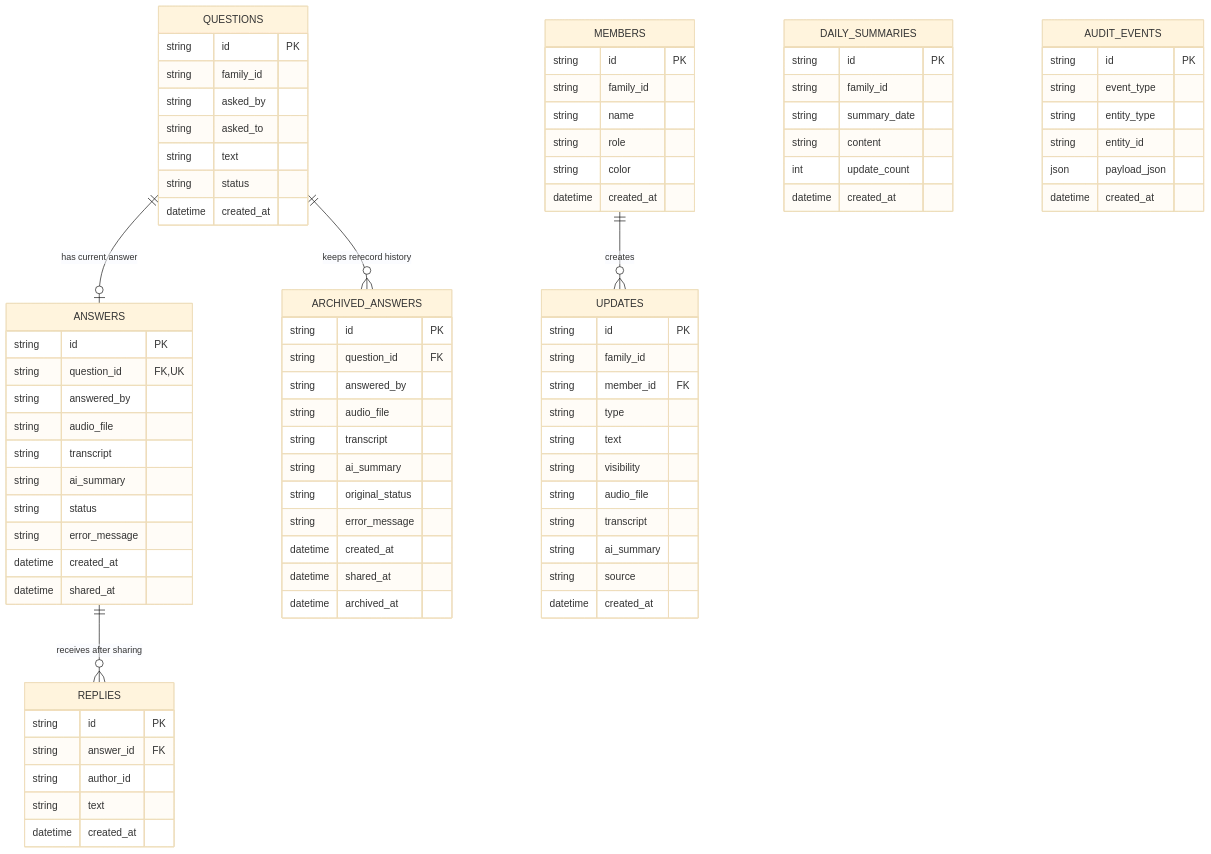
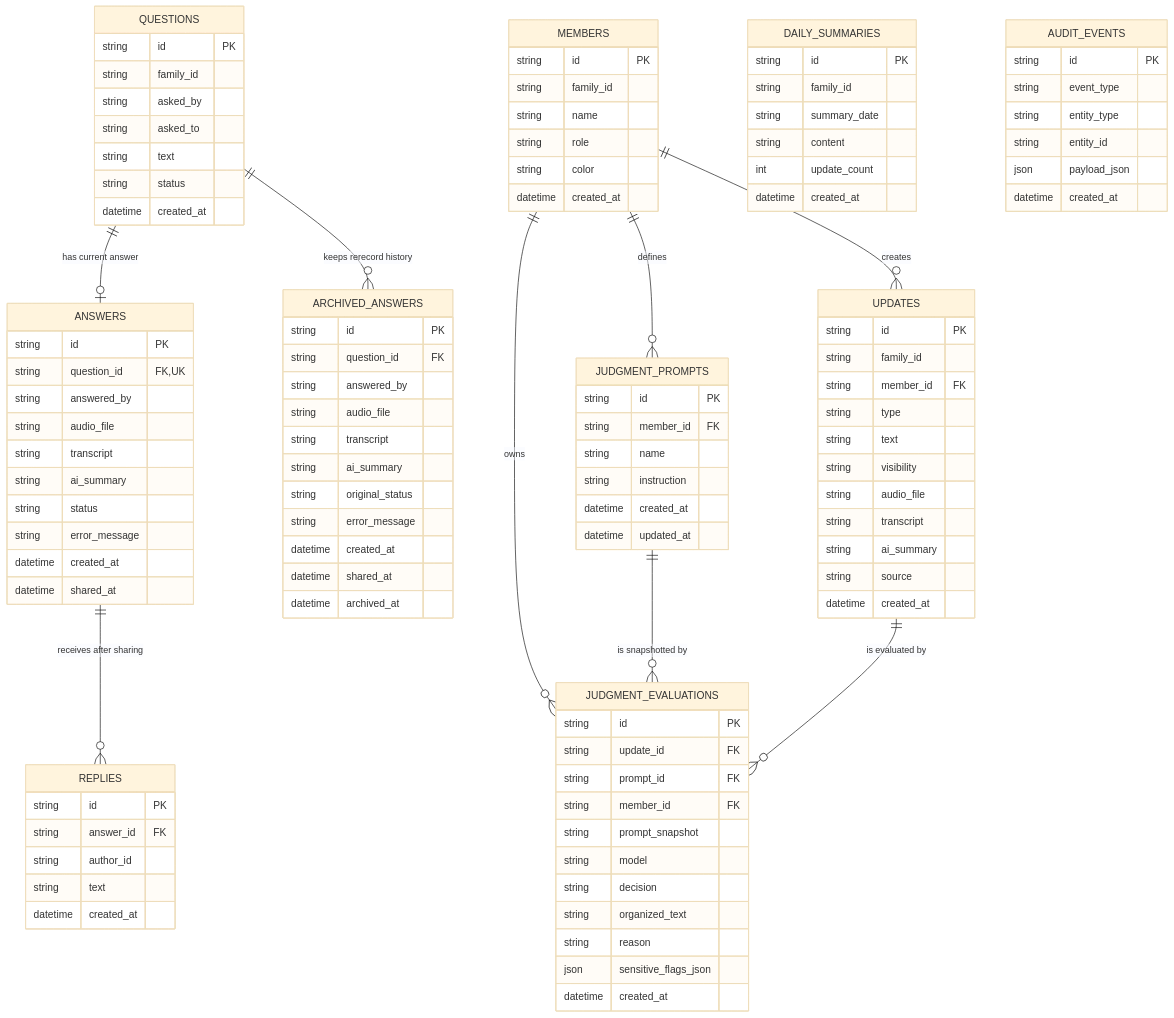
The first of 3 diagrams in Docs/family-daily-backend-data-structure.md (flyfy1/family-context), drawn with Mermaid (base theme) before and after one commit. The commit also changed other lines of this file, not shown here.

Commit message:
Document judgment prompt data model

````diff
--- a/Docs/family-daily-backend-data-structure.md
+++ b/Docs/family-daily-backend-data-structure.md
@@ -84,6 +84,29 @@
         datetime created_at
     }
 
+    JUDGMENT_PROMPTS {
+        string id PK
+        string member_id FK
+        string name
+        string instruction
+        datetime created_at
+        datetime updated_at
+    }
+
+    JUDGMENT_EVALUATIONS {
+        string id PK
+        string update_id FK
+        string prompt_id FK
+        string member_id FK
+        string prompt_snapshot
+        string model
+        string decision
+        string organized_text
+        string reason
+        json sensitive_flags_json
+        datetime created_at
+    }
+
     AUDIT_EVENTS {
         string id PK
         string event_type
@@ -97,4 +120,8 @@
     QUESTIONS ||--o{ ARCHIVED_ANSWERS : "keeps rerecord history"
     ANSWERS ||--o{ REPLIES : "receives after sharing"
     MEMBERS ||--o{ UPDATES : "creates"
+    MEMBERS ||--o{ JUDGMENT_PROMPTS : "defines"
+    MEMBERS ||--o{ JUDGMENT_EVALUATIONS : "owns"
+    JUDGMENT_PROMPTS ||--o{ JUDGMENT_EVALUATIONS : "is snapshotted by"
+    UPDATES ||--o{ JUDGMENT_EVALUATIONS : "is evaluated by"
 ```
````
